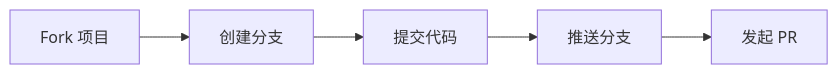
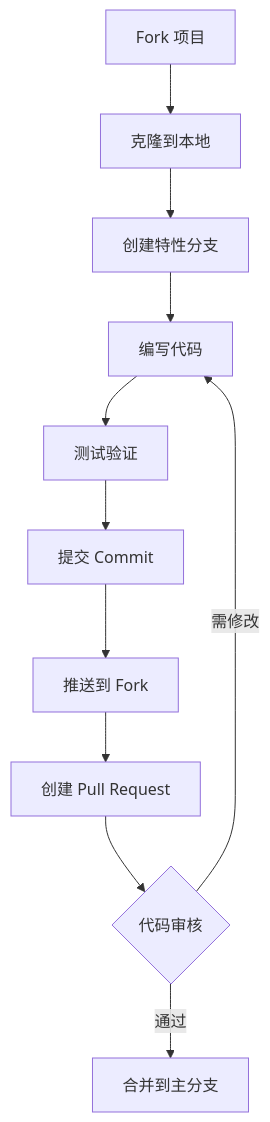
One commit to 1822520752/paper-format changed the diagram in README.md. Above: the diagram before and after it, drawn with Mermaid. The commit also changed other lines of this file, not shown here.

````diff
--- a/README.md
+++ b/README.md
@@ -163,7 +578,13 @@
 ```mermaid
-graph LR
-    A[Fork 项目] --> B[创建分支]
-    B --> C[提交代码]
-    C --> D[推送分支]
-    D --> E[发起 PR]
+flowchart TD
+    A[Fork 项目] --> B[克隆到本地]
+    B --> C[创建特性分支]
+    C --> D[编写代码]
+    D --> E[测试验证]
+    E --> F[提交 Commit]
+    F --> G[推送到 Fork]
+    G --> H[创建 Pull Request]
+    H --> I{代码审核}
+    I -->|通过| J[合并到主分支]
+    I -->|需修改| D
 ```
````
